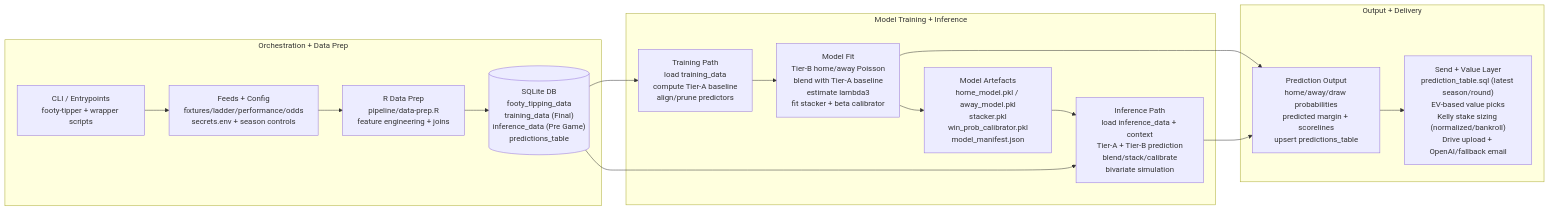
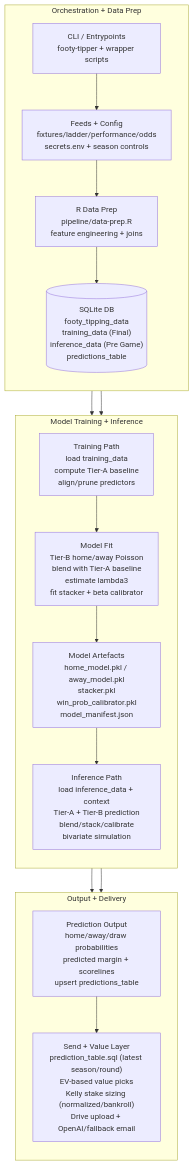
The diagram in images/workflow.mmd (levonrush/footy-tipper), drawn with Mermaid before and after one commit. The commit also changed 1 other file, not shown here.

Commit message:
fix: Update workflow diagrams to use top-bottom direction for better clarity

```diff
--- a/images/workflow.mmd
+++ b/images/workflow.mmd
@@ -1,27 +1,30 @@
-flowchart LR
+flowchart TB
   subgraph O["Orchestration + Data Prep"]
+    direction TB
     CLI["CLI / Entrypoints<br/>footy-tipper + wrapper scripts"]
     FEEDS["Feeds + Config<br/>fixtures/ladder/performance/odds<br/>secrets.env + season controls"]
     PREP["R Data Prep<br/>pipeline/data-prep.R<br/>feature engineering + joins"]
     DB[("SQLite DB<br/>footy_tipping_data<br/>training_data (Final)<br/>inference_data (Pre Game)<br/>predictions_table")]
     CLI --> FEEDS --> PREP --> DB
   end
 
   subgraph M["Model Training + Inference"]
+    direction TB
     TRAIN["Training Path<br/>load training_data<br/>compute Tier-A baseline<br/>align/prune predictors"]
     FIT["Model Fit<br/>Tier-B home/away Poisson<br/>blend with Tier-A baseline<br/>estimate lambda3<br/>fit stacker + beta calibrator"]
     ART["Model Artefacts<br/>home_model.pkl / away_model.pkl<br/>stacker.pkl<br/>win_prob_calibrator.pkl<br/>model_manifest.json"]
     INFER["Inference Path<br/>load inference_data + context<br/>Tier-A + Tier-B prediction<br/>blend/stack/calibrate<br/>bivariate simulation"]
     DB --> TRAIN
     TRAIN --> FIT --> ART --> INFER
   end
 
   subgraph S["Output + Delivery"]
+    direction TB
     PRED["Prediction Output<br/>home/away/draw probabilities<br/>predicted margin + scorelines<br/>upsert predictions_table"]
     SEND["Send + Value Layer<br/>prediction_table.sql (latest season/round)<br/>EV-based value picks<br/>Kelly stake sizing (normalized/bankroll)<br/>Drive upload + OpenAI/fallback email"]
     FIT --> PRED
     INFER --> PRED
     PRED --> SEND
   end
 
   DB --> INFER
```
